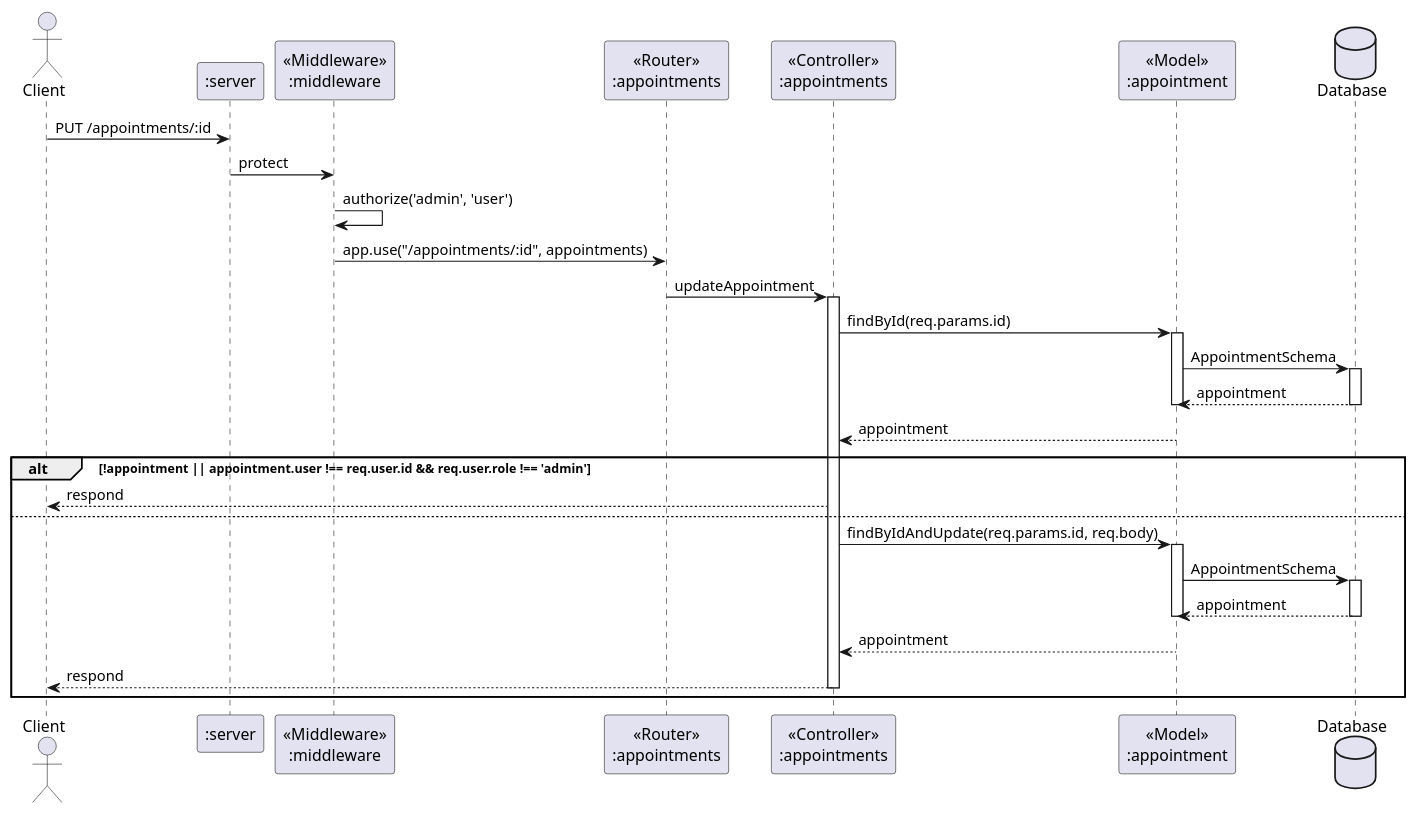
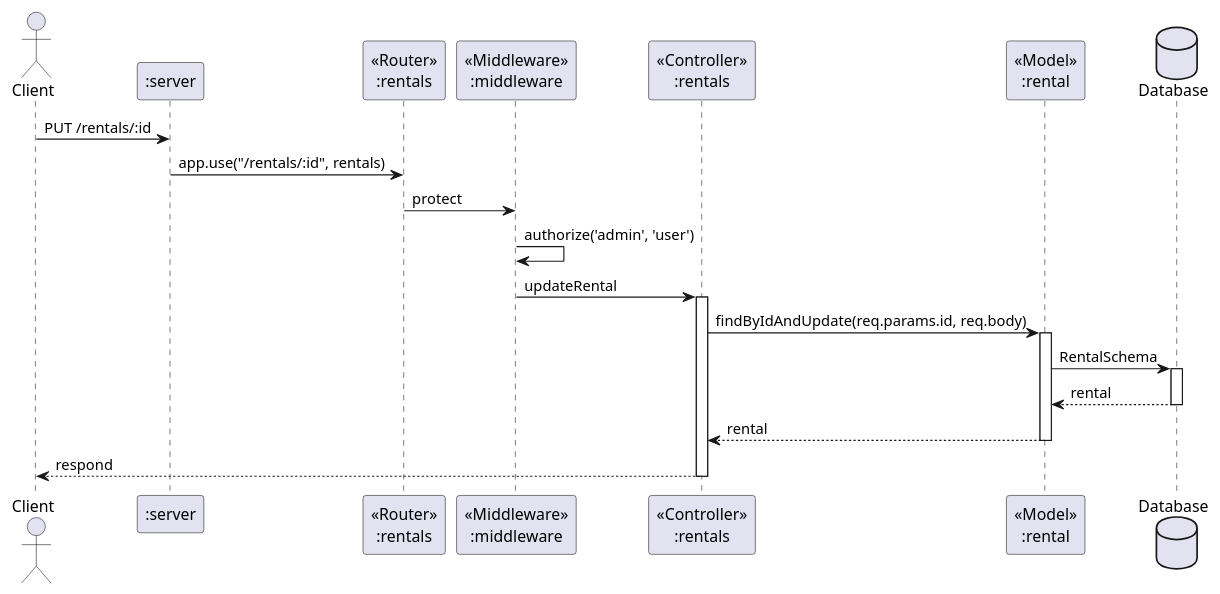
Before and after one commit to cchaiyatad/RenC: the diagram in docs/sequence_diagram/rentals/put.pu, drawn with PlantUML. The commit also changed 14 other files, not shown here.

```diff
--- a/docs/sequence_diagram/rentals/put.pu
+++ b/docs/sequence_diagram/rentals/put.pu
@@ -1,42 +1,30 @@
-@startuml PUT /appointments/:id
+@startuml PUT /rentals/:id
 actor       Client       as client
 participant ":server" as server
+participant "<<Router>>\n:rentals" as rentals_router 
 participant "<<Middleware>>\n:middleware" as middleware 
-participant "<<Router>>\n:appointments" as appointments_router 
-participant "<<Controller>>\n:appointments" as appointments_con 
-participant "<<Model>>\n:appointment" as appointments_model 
+participant "<<Controller>>\n:rentals" as rentals_con 
+participant "<<Model>>\n:rental" as rentals_model 
 database Database as db
 
-client -> server : PUT /appointments/:id
+client -> server : PUT /rentals/:id
 
-server -> middleware : protect
+server -> rentals_router : app.use("/rentals/:id", rentals)
+rentals_router -> middleware : protect
 middleware -> middleware : authorize('admin', 'user')
-middleware -> appointments_router : app.use("/appointments/:id", appointments)
-appointments_router -> appointments_con : updateAppointment
-activate appointments_con
-    appointments_con -> appointments_model : findById(req.params.id)
-    activate appointments_model
-    appointments_model -> db : AppointmentSchema
+middleware -> rentals_con : updateRental
+
+activate rentals_con
+    rentals_con -> rentals_model : findByIdAndUpdate(req.params.id, req.body)
+    activate rentals_model
+    rentals_model -> db : RentalSchema
         activate db
-        db --> appointments_model : appointment
+        db --> rentals_model : rental
         deactivate db
-    deactivate appointments_model
-    appointments_model --> appointments_con : appointment
+    rentals_model --> rentals_con : rental
+    deactivate rentals_model
 
-alt !appointment || appointment.user !== req.user.id && req.user.role !== 'admin'
-    appointments_con --> client :respond
-else 
-        appointments_con -> appointments_model : findByIdAndUpdate(req.params.id, req.body)
-        activate appointments_model
-        appointments_model -> db : AppointmentSchema
-            activate db
-            db --> appointments_model : appointment
-            deactivate db
-        deactivate appointments_model
-        appointments_model --> appointments_con : appointment
-
-    appointments_con --> client :respond
-    deactivate appointments_con
-end
+rentals_con --> client :respond
+deactivate rentals_con
 
 @enduml
```
